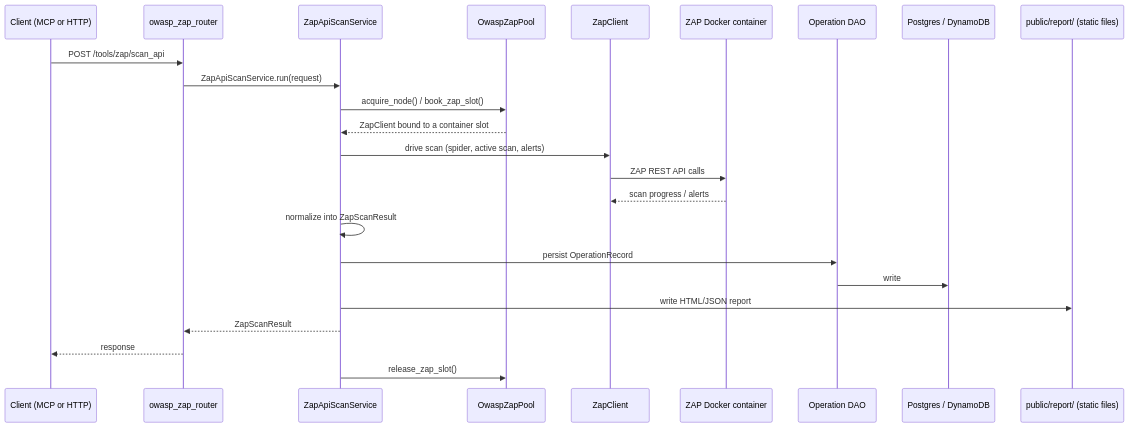
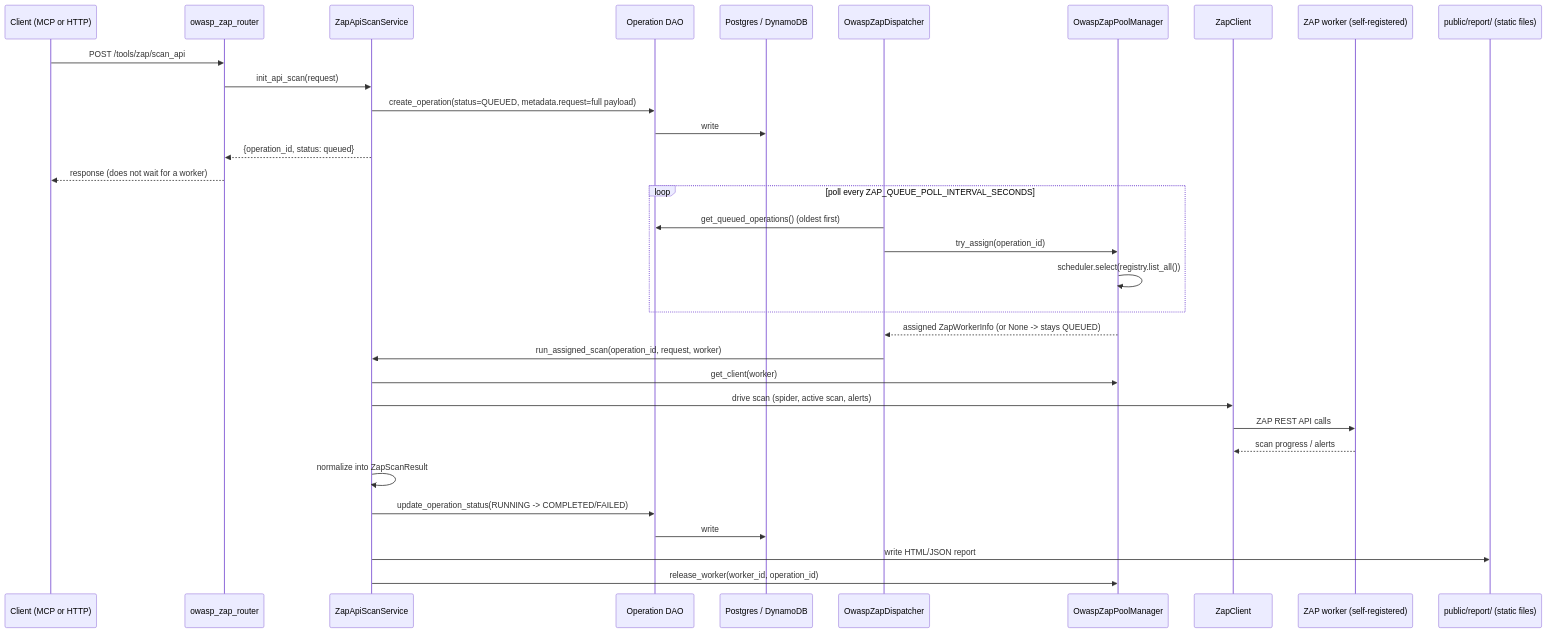
Before and after one commit to DeathHunterX/guardrail-hub: the third of 3 diagrams in .ai/intelligence/codegraph.md, drawn with Mermaid. The commit also changed other lines of this file and 7 other files, not shown here.

````diff
--- a/.ai/intelligence/codegraph.md
+++ b/.ai/intelligence/codegraph.md
@@ -55,27 +77,37 @@
 ```mermaid
 sequenceDiagram
     participant Client as Client (MCP or HTTP)
     participant Router as owasp_zap_router
     participant Service as ZapApiScanService
-    participant Pool as OwaspZapPool
-    participant ZapClient as ZapClient
-    participant Zap as ZAP Docker container
     participant DAO as Operation DAO
     participant DB as Postgres / DynamoDB
+    participant Dispatcher as OwaspZapDispatcher
+    participant Pool as OwaspZapPoolManager
+    participant ZapClient as ZapClient
+    participant Zap as ZAP worker (self-registered)
     participant Static as public/report/ (static files)
 
     Client->>Router: POST /tools/zap/scan_api
-    Router->>Service: ZapApiScanService.run(request)
-    Service->>Pool: acquire_node() / book_zap_slot()
-    Pool-->>Service: ZapClient bound to a container slot
+    Router->>Service: init_api_scan(request)
+    Service->>DAO: create_operation(status=QUEUED, metadata.request=full payload)
+    DAO->>DB: write
+    Service-->>Router: {operation_id, status: queued}
+    Router-->>Client: response (does not wait for a worker)
+
+    loop poll every ZAP_QUEUE_POLL_INTERVAL_SECONDS
+        Dispatcher->>DAO: get_queued_operations() (oldest first)
+        Dispatcher->>Pool: try_assign(operation_id)
+        Pool->>Pool: scheduler.select(registry.list_all())
+    end
+    Pool-->>Dispatcher: assigned ZapWorkerInfo (or None -> stays QUEUED)
+    Dispatcher->>Service: run_assigned_scan(operation_id, request, worker)
+    Service->>Pool: get_client(worker)
     Service->>ZapClient: drive scan (spider, active scan, alerts)
     ZapClient->>Zap: ZAP REST API calls
     Zap-->>ZapClient: scan progress / alerts
     Service->>Service: normalize into ZapScanResult
-    Service->>DAO: persist OperationRecord
+    Service->>DAO: update_operation_status(RUNNING -> COMPLETED/FAILED)
     DAO->>DB: write
     Service->>Static: write HTML/JSON report
-    Service-->>Router: ZapScanResult
-    Router-->>Client: response
-    Service->>Pool: release_zap_slot()
+    Service->>Pool: release_worker(worker_id, operation_id)
 ```
````
